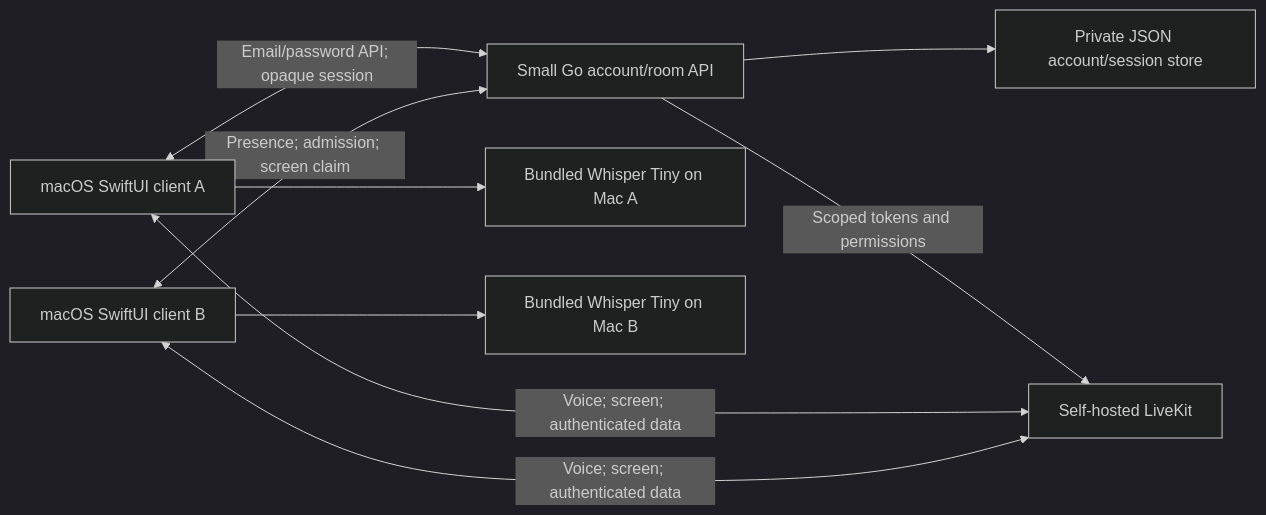
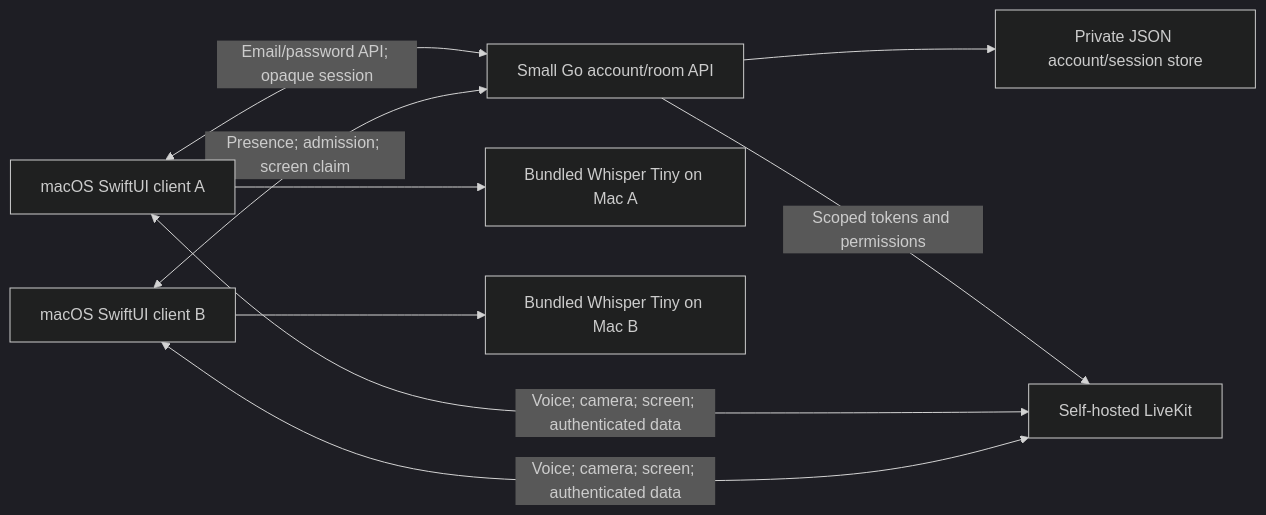
Before and after one commit to Akshat2634/Pairwise: the diagram in docs/architecture.md, drawn with Mermaid (dark theme). The commit also changed other lines of this file and 13 other files, not shown here.

````diff
--- a/docs/architecture.md
+++ b/docs/architecture.md
@@ -3,11 +3,11 @@
 ```mermaid
 flowchart LR
     A[macOS SwiftUI client A] <-->|Email/password API; opaque session| API[Small Go account/room API]
     B[macOS SwiftUI client B] <-->|Presence; admission; screen claim| API
     API --> DB[Private JSON account/session store]
     API -->|Scoped tokens and permissions| SFU[Self-hosted LiveKit]
-    A <-->|Voice; screen; authenticated data| SFU
-    B <-->|Voice; screen; authenticated data| SFU
+    A <-->|Voice; camera; screen; authenticated data| SFU
+    B <-->|Voice; camera; screen; authenticated data| SFU
     A --> WA[Bundled Whisper Tiny on Mac A]
     B --> WB[Bundled Whisper Tiny on Mac B]
 ```
````
